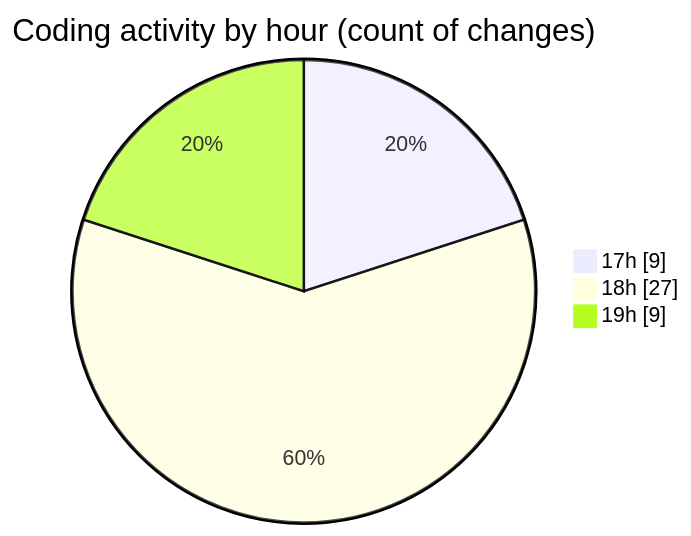
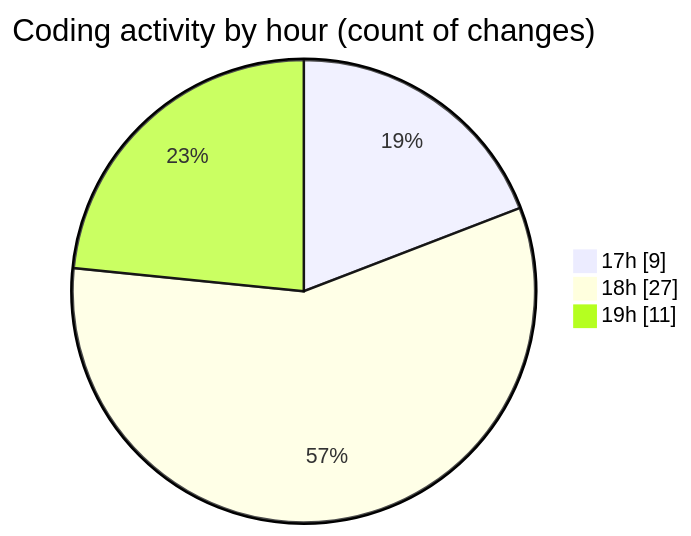
One commit to robertbonfada/code-tracking changed the second of 2 diagrams in 2025-02-08/termonied-web/README.md. Above: the diagram before and after it, drawn with Mermaid. The commit also changed other lines of this file and 1 other file, not shown here.

````diff
--- a/2025-02-08/termonied-web/README.md
+++ b/2025-02-08/termonied-web/README.md
@@ -38,7 +38,7 @@
 ```mermaid
 pie showData
 title Coding activity by hour (count of changes)
 "17h" : 9
 "18h" : 27
-"19h" : 9
+"19h" : 11
 ```
````
